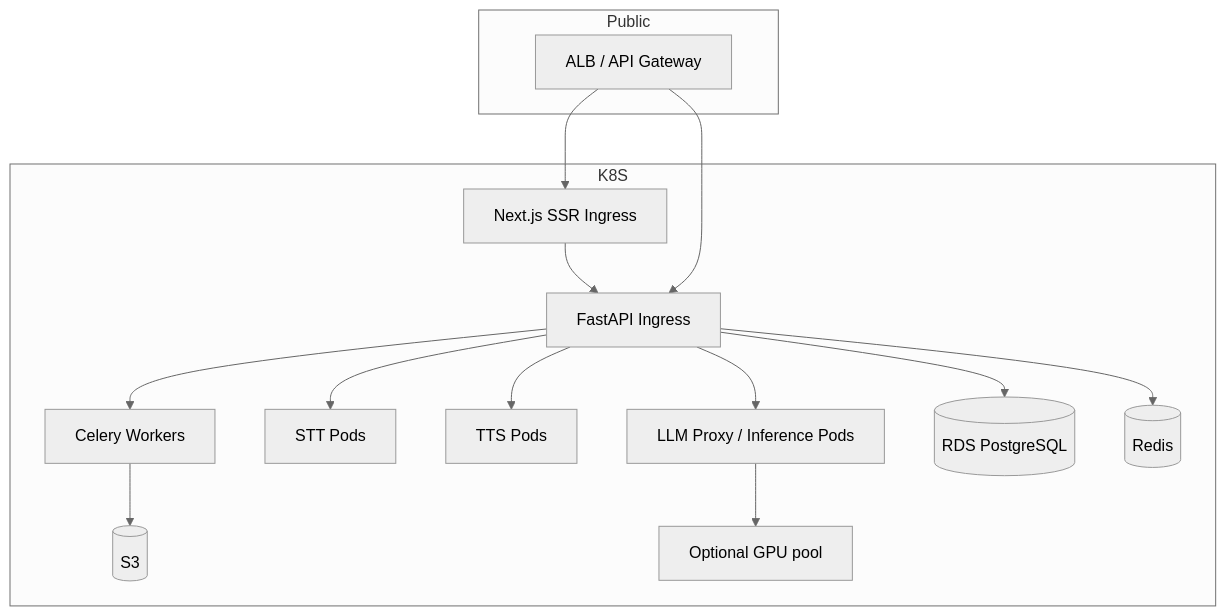
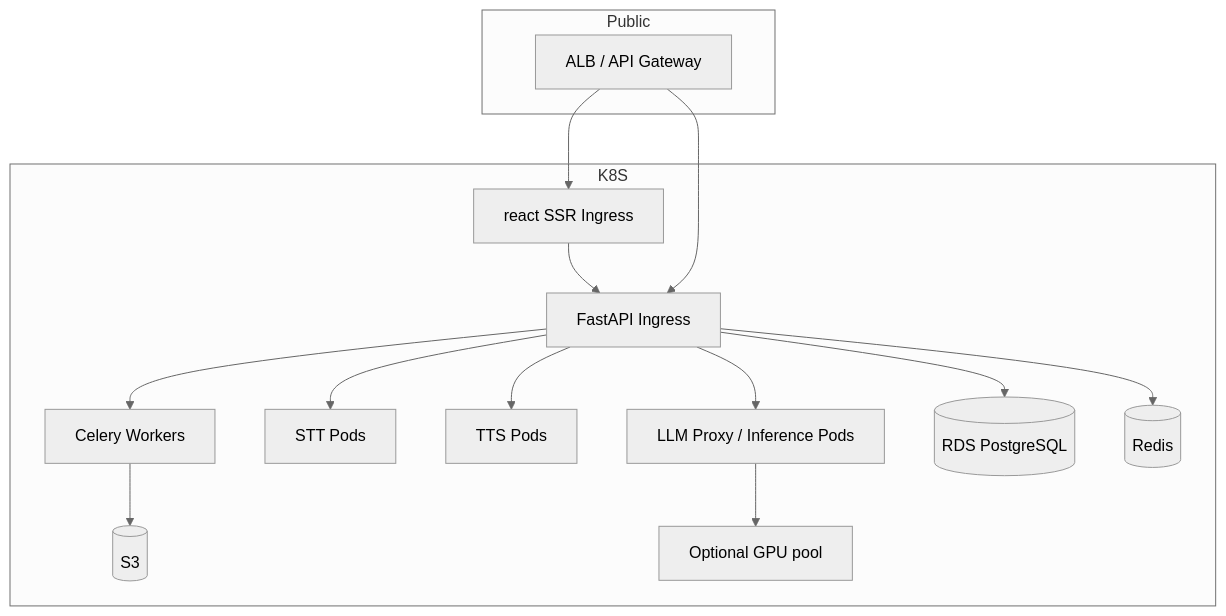
Before and after one commit to Oussama-Ouali/TextToVoiceArchitectureMVP: the third of 3 diagrams in architecture_saa_s_agents_v_2_voice_to_voice_next.md, drawn with Mermaid (neutral theme). The commit also changed other lines of this file, not shown here.

Commit message:
Revise architecture

````diff
--- a/architecture_saa_s_agents_v_2_voice_to_voice_next.md
+++ b/architecture_saa_s_agents_v_2_voice_to_voice_next.md
@@ -252,32 +295,32 @@
 ```mermaid
 flowchart TD
     subgraph Public
         ALB[ALB / API Gateway]
     end
 
     subgraph K8S
-        FE[Next.js SSR Ingress]
+        FE[react SSR Ingress]
         Backend[FastAPI Ingress]
         Workers[Celery Workers]
         STTAdapters[STT Pods]
         TTSClients[TTS Pods]
         LLMProxies[LLM Proxy / Inference Pods]
         DB[(RDS PostgreSQL)]
         Redis[(Redis)]
         S3[(S3)]
         GPUCluster[Optional GPU pool]
 
         FE --> Backend
         Backend --> Workers
         Backend --> STTAdapters
         Backend --> TTSClients
         Backend --> LLMProxies
         Backend --> DB
         Workers --> S3
         LLMProxies --> GPUCluster
     end
 
     ALB --> FE
     ALB --> Backend
     Backend --> Redis
 ```
````
